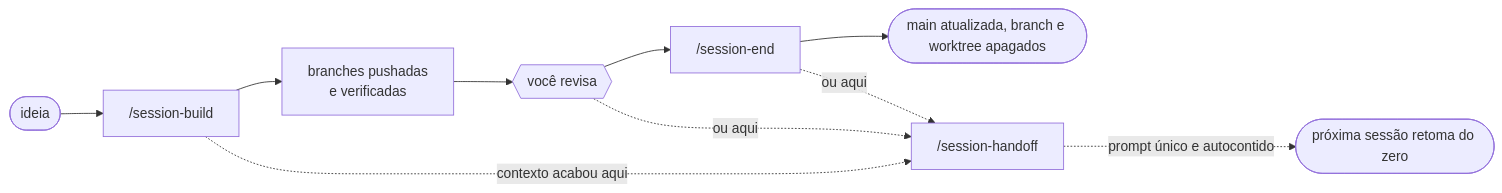
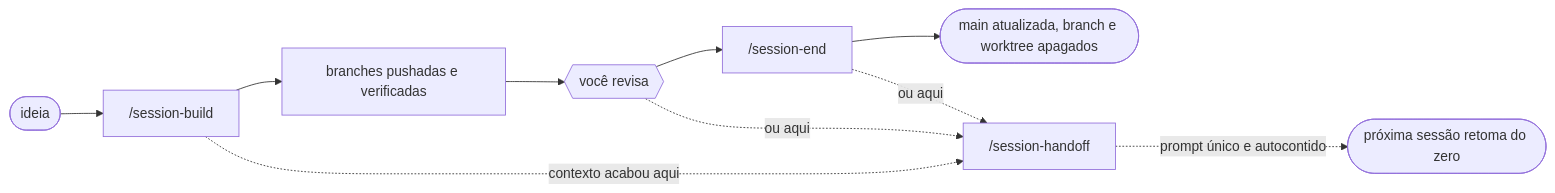
One commit to will-pagane/claude-setup changed the first of 9 diagrams in docs/cadeia-session.md. Above: the diagram before and after it, drawn with Mermaid. The commit also changed other lines of this file, not shown here.

First line of the commit message:
fix(docs): drop <br/> from mermaid labels, GitHub strips it

````diff
--- a/docs/cadeia-session.md
+++ b/docs/cadeia-session.md
@@ -17,13 +17,13 @@
 ```mermaid
 flowchart LR
     ideia([ideia]) --> build["/session-build"]
-    build --> branch["branches pushadas<br/>e verificadas"]
+    build --> branch["branches pushadas e verificadas"]
     branch --> rev{{você revisa}}
     rev --> fim["/session-end"]
     fim --> main([main atualizada, branch e worktree apagados])
 
     build -. "contexto acabou aqui" .-> ho["/session-handoff"]
     rev -. "ou aqui" .-> ho
     fim -. "ou aqui" .-> ho
     ho -. "prompt único e autocontido" .-> nova([próxima sessão retoma do zero])
 ```
````
